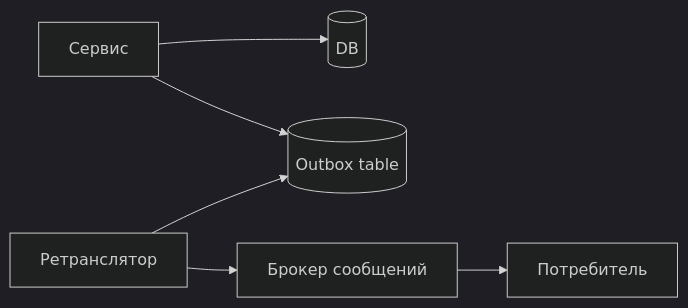
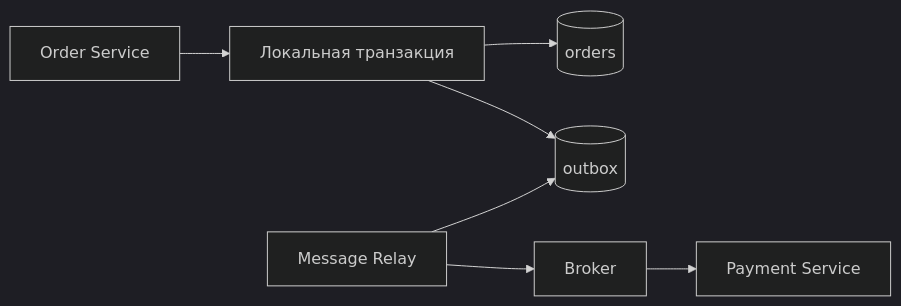
The seventh of 14 diagrams in lectures/Lec12/vitepress.md (Kert0n/KPO), drawn with Mermaid (dark theme) before and after one commit. The commit also changed other lines of this file and 9 other files, not shown here.

````diff
--- a/lectures/Lec12/vitepress.md
+++ b/lectures/Lec12/vitepress.md
@@ -177,8 +439,9 @@
 ```mermaid
 flowchart LR
-    Service[Сервис] --> DB[(DB)]
-    Service --> Outbox[(Outbox table)]
-    Relay[Ретранслятор] --> Outbox
-    Relay --> Broker[Брокер сообщений]
-    Broker --> Consumer[Потребитель]
+    Service["Order Service"] --> TX["Локальная транзакция"]
+    TX --> Orders[("orders")]
+    TX --> Outbox[("outbox")]
+    Relay["Message Relay"] --> Outbox
+    Relay --> Broker["Broker"]
+    Broker --> Consumer["Payment Service"]
 ```
````
